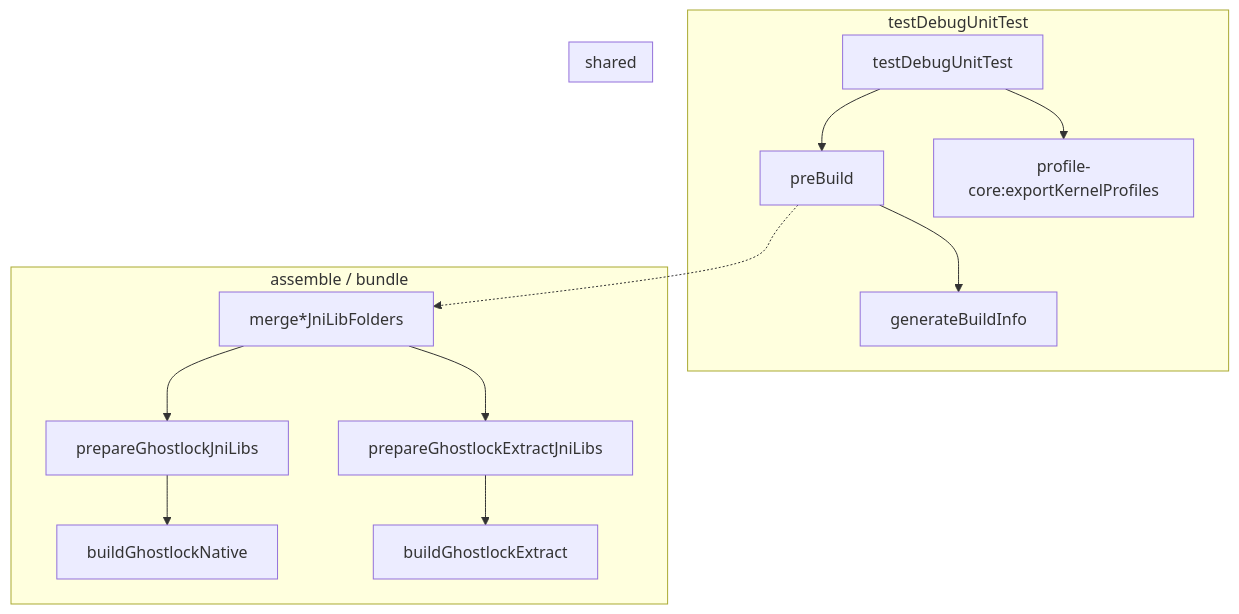
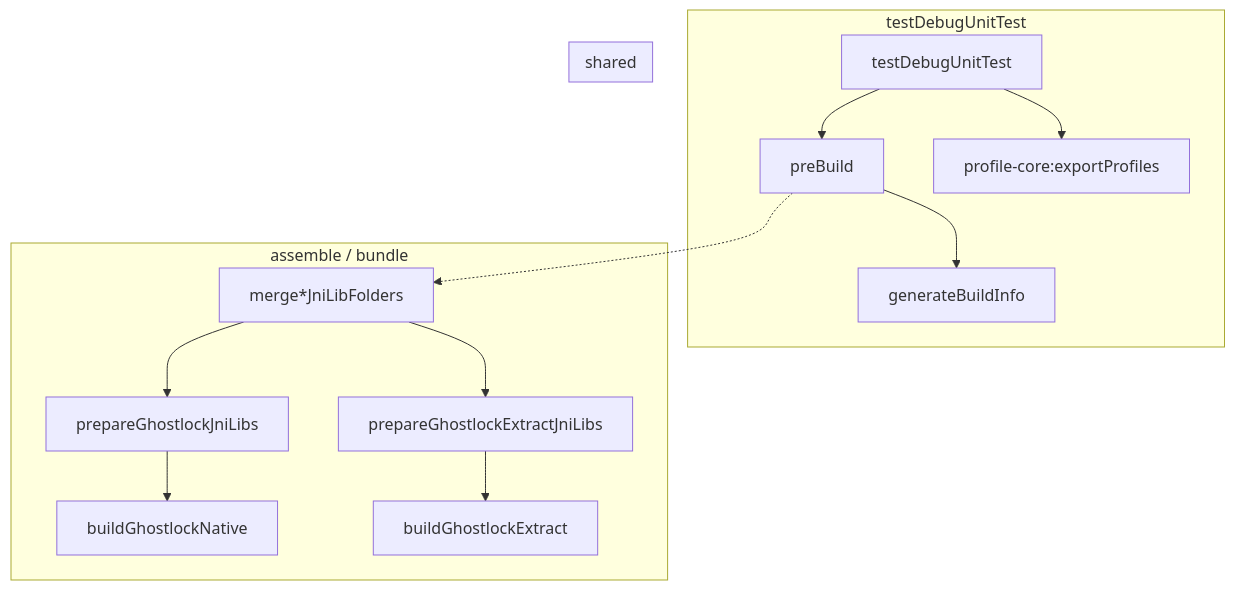
The diagram in docs/analysis/gradle-test-decoupling-plan.md (YuKongA/ghostlock-app), drawn with Mermaid before and after one commit. The commit also changed other lines of this file and 365 other files, not shown here.

````diff
--- a/docs/analysis/gradle-test-decoupling-plan.md
+++ b/docs/analysis/gradle-test-decoupling-plan.md
@@ -64,17 +64,17 @@
 ```mermaid
 flowchart TD
     subgraph test [testDebugUnitTest]
         T[testDebugUnitTest] --> P[preBuild]
         P --> G[generateBuildInfo]
-        T --> E[profile-core:exportKernelProfiles]
+        T --> E[profile-core:exportProfiles]
     end
     subgraph pkg [assemble / bundle]
         M[merge*JniLibFolders] --> PJ[prepareGhostlockJniLibs]
         M --> PE[prepareGhostlockExtractJniLibs]
         PJ --> BN[buildGhostlockNative]
         PE --> BE[buildGhostlockExtract]
     end
     subgraph shared [shared]
         P -.-> M
     end
 ```
````
